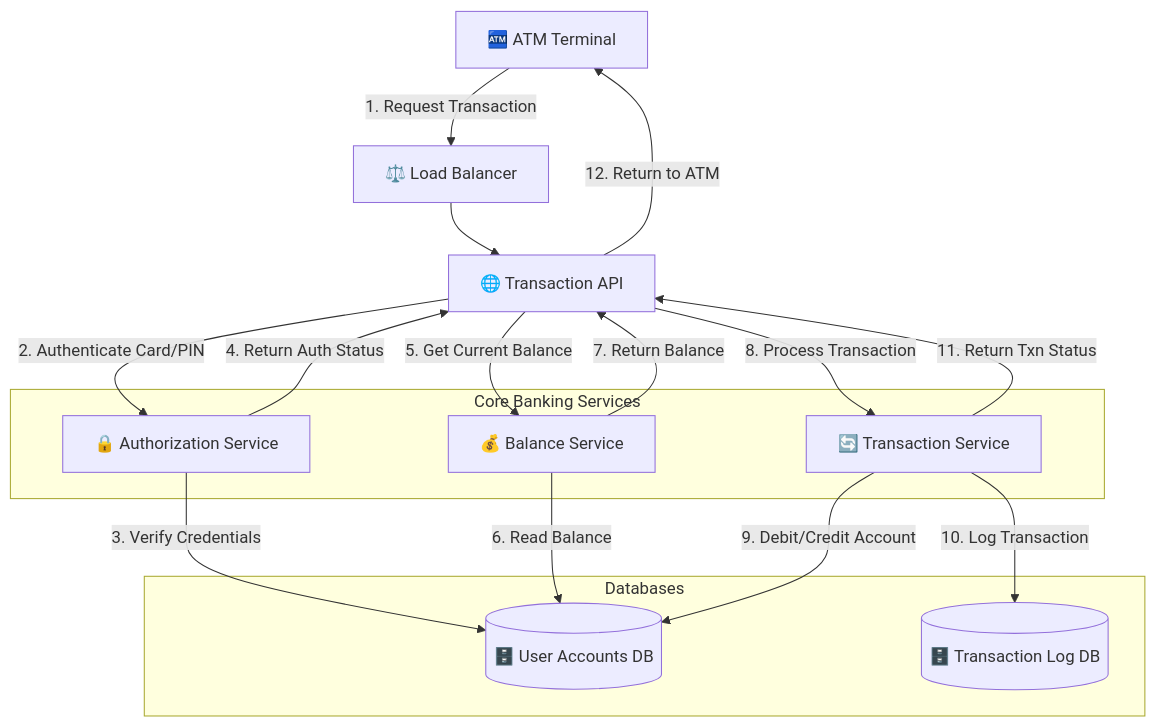
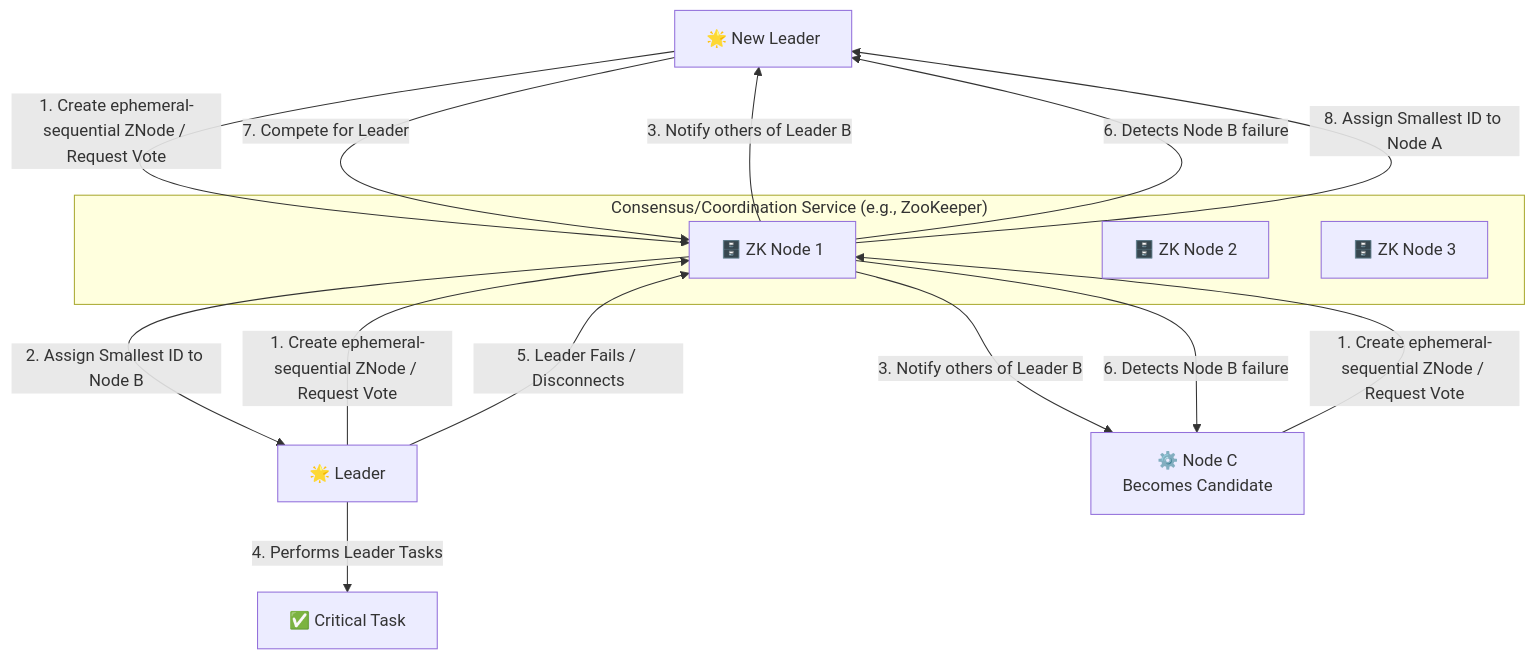
Diagram 25 of 30 in System_Design_Visual_Interview_Prep.md (satishkumar-dhule/EA-SRE-prep), drawn with Mermaid before and after one commit. The commit also changed other lines of this file, not shown here.

````diff
--- a/System_Design_Visual_Interview_Prep.md
+++ b/System_Design_Visual_Interview_Prep.md
@@ -1219,31 +1284,29 @@
 ```mermaid
 graph TD
-    Client[🏧 ATM Terminal] -- "1. Request Transaction" --> LoadBalancer[⚖️ Load Balancer]
-    LoadBalancer --> APIServer[🌐 Transaction API]
+    NodeA[⚙️ Node A]
+    NodeB[⚙️ Node B]
+    NodeC[⚙️ Node C]
 
-    subgraph "Core Banking Services"
-        AuthSvc[🔒 Authorization Service]
-        BalanceSvc[💰 Balance Service]
-        TxnSvc[🔄 Transaction Service]
+    subgraph "Consensus/Coordination Service (e.g., ZooKeeper)"
+        ZK1[🗄️ ZK Node 1]
+        ZK2[🗄️ ZK Node 2]
+        ZK3[🗄️ ZK Node 3]
     end
 
-    subgraph "Databases"
-        UserAccountDB[(🗄️ User Accounts DB)]
-        TransactionLogDB[(🗄️ Transaction Log DB)]
-    end
+    NodeA -- "1. Create ephemeral-sequential ZNode / Request Vote" --> ZK1
+    NodeB -- "1. Create ephemeral-sequential ZNode / Request Vote" --> ZK1
+    NodeC -- "1. Create ephemeral-sequential ZNode / Request Vote" --> ZK1
 
-    APIServer -- "2. Authenticate Card/PIN" --> AuthSvc
-    AuthSvc -- "3. Verify Credentials" --> UserAccountDB
-    AuthSvc -- "4. Return Auth Status" --> APIServer
+    ZK1 -- "2. Assign Smallest ID to Node B" --> NodeB[🌟 Leader]
+    ZK1 -- "3. Notify others of Leader B" --> NodeA
+    ZK1 -- "3. Notify others of Leader B" --> NodeC
     
-    APIServer -- "5. Get Current Balance" --> BalanceSvc
-    BalanceSvc -- "6. Read Balance" --> UserAccountDB
-    BalanceSvc -- "7. Return Balance" --> APIServer
+    NodeB -- "4. Performs Leader Tasks" --> CriticalTask[✅ Critical Task]
     
-    APIServer -- "8. Process Transaction" --> TxnSvc
-    TxnSvc -- "9. Debit/Credit Account" --> UserAccountDB
-    TxnSvc -- "10. Log Transaction" --> TransactionLogDB
-    TxnSvc -- "11. Return Txn Status" --> APIServer
+    NodeB -- "5. Leader Fails / Disconnects" --> ZK1
+    ZK1 -- "6. Detects Node B failure" --> NodeA[⚙️ Node A<br>Becomes Candidate]
+    ZK1 -- "6. Detects Node B failure" --> NodeC[⚙️ Node C<br>Becomes Candidate]
     
-    APIServer -- "12. Return to ATM" --> Client
+    NodeA -- "7. Compete for Leader" --> ZK1
+    ZK1 -- "8. Assign Smallest ID to Node A" --> NodeA[🌟 New Leader]
 ```
````
